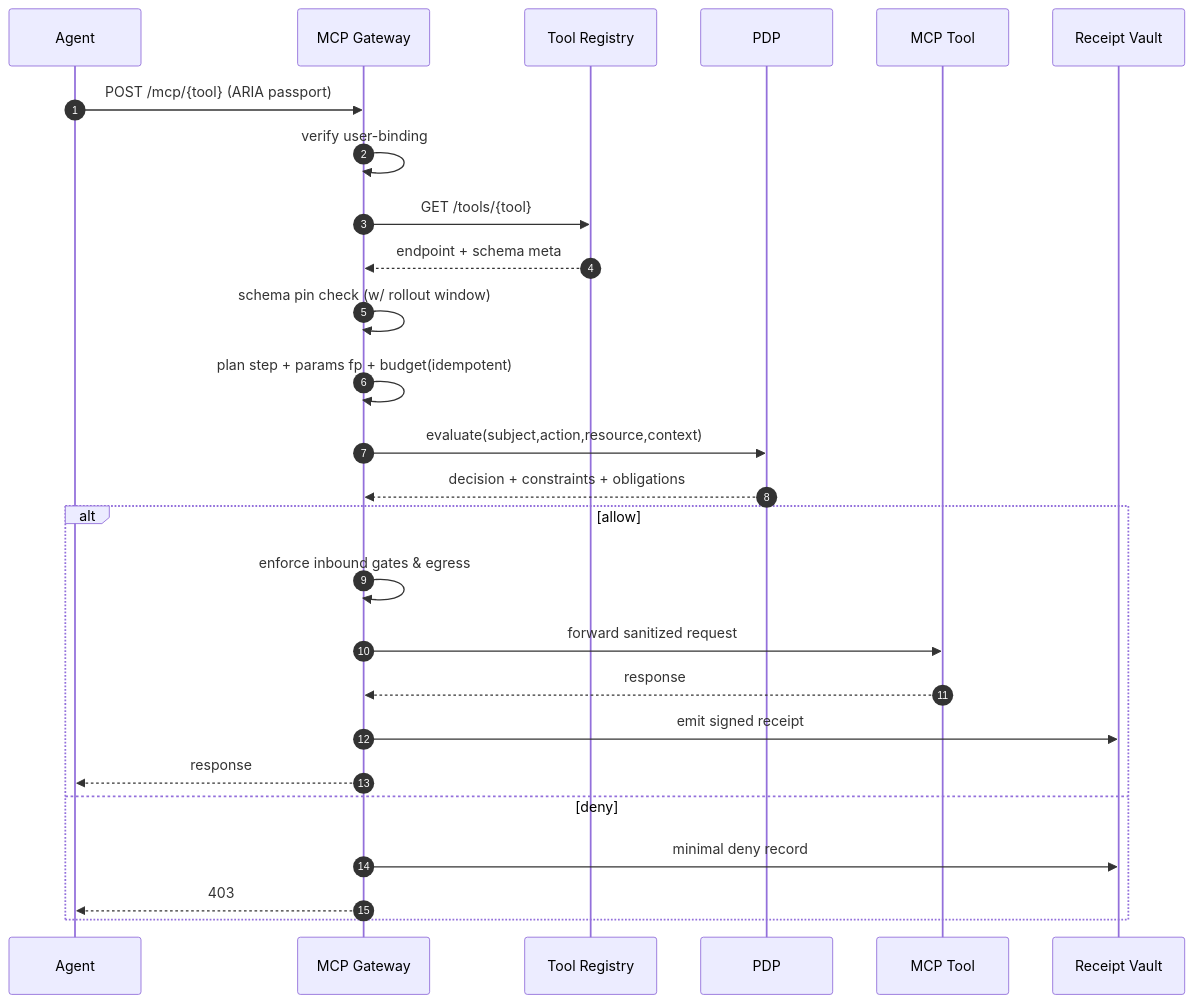
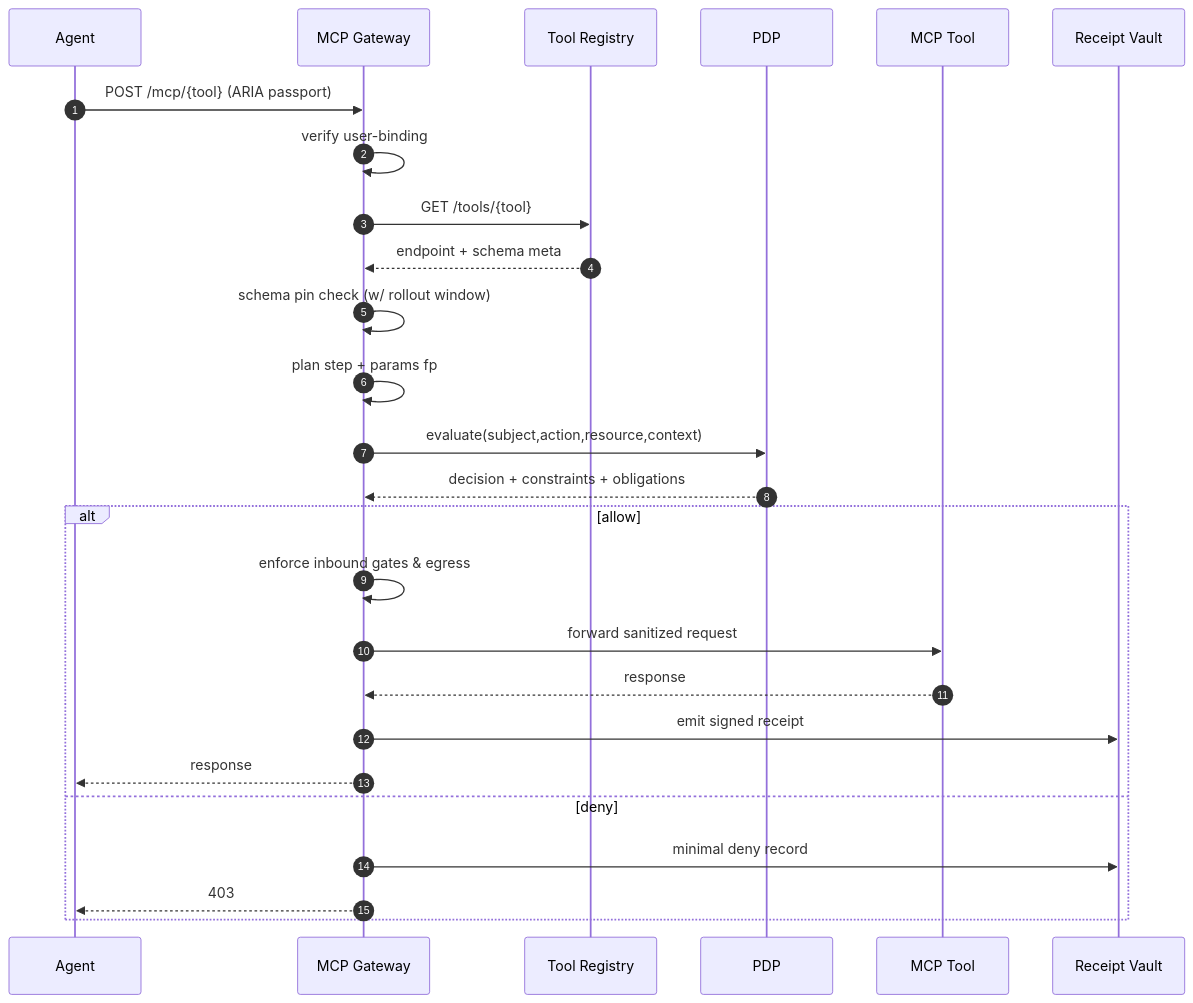
The second of 3 diagrams in docs/source_content/________newdesign10_mcp.md (empowerID/empowernow_docs), drawn with Mermaid before and after one commit. The commit also changed other lines of this file and 33 other files, not shown here.

````diff
--- a/docs/source_content/________newdesign10_mcp.md
+++ b/docs/source_content/________newdesign10_mcp.md
@@ -643,29 +644,29 @@
 ```mermaid
 sequenceDiagram
   autonumber
   participant Agent
   participant GW as MCP Gateway
   participant REG as Tool Registry
   participant PDP as PDP
   participant Tool as MCP Tool
   participant RV as Receipt Vault
 
   Agent->>GW: POST /mcp/{tool} (ARIA passport)
   GW->>GW: verify user-binding
   GW->>REG: GET /tools/{tool}
   REG-->>GW: endpoint + schema meta
   GW->>GW: schema pin check (w/ rollout window)
-  GW->>GW: plan step + params fp + budget(idempotent)
+  GW->>GW: plan step + params fp
   GW->>PDP: evaluate(subject,action,resource,context)
   PDP-->>GW: decision + constraints + obligations
   alt allow
     GW->>GW: enforce inbound gates & egress
     GW->>Tool: forward sanitized request
     Tool-->>GW: response
     GW->>RV: emit signed receipt
     GW-->>Agent: response
   else deny
     GW->>RV: minimal deny record
     GW-->>Agent: 403
   end
 ```
````
